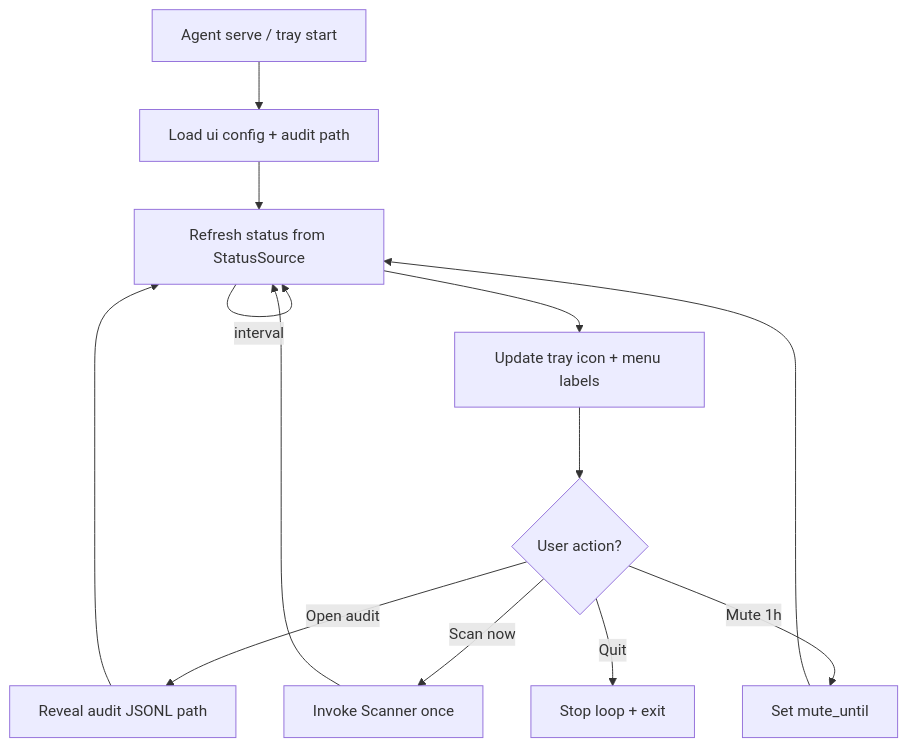
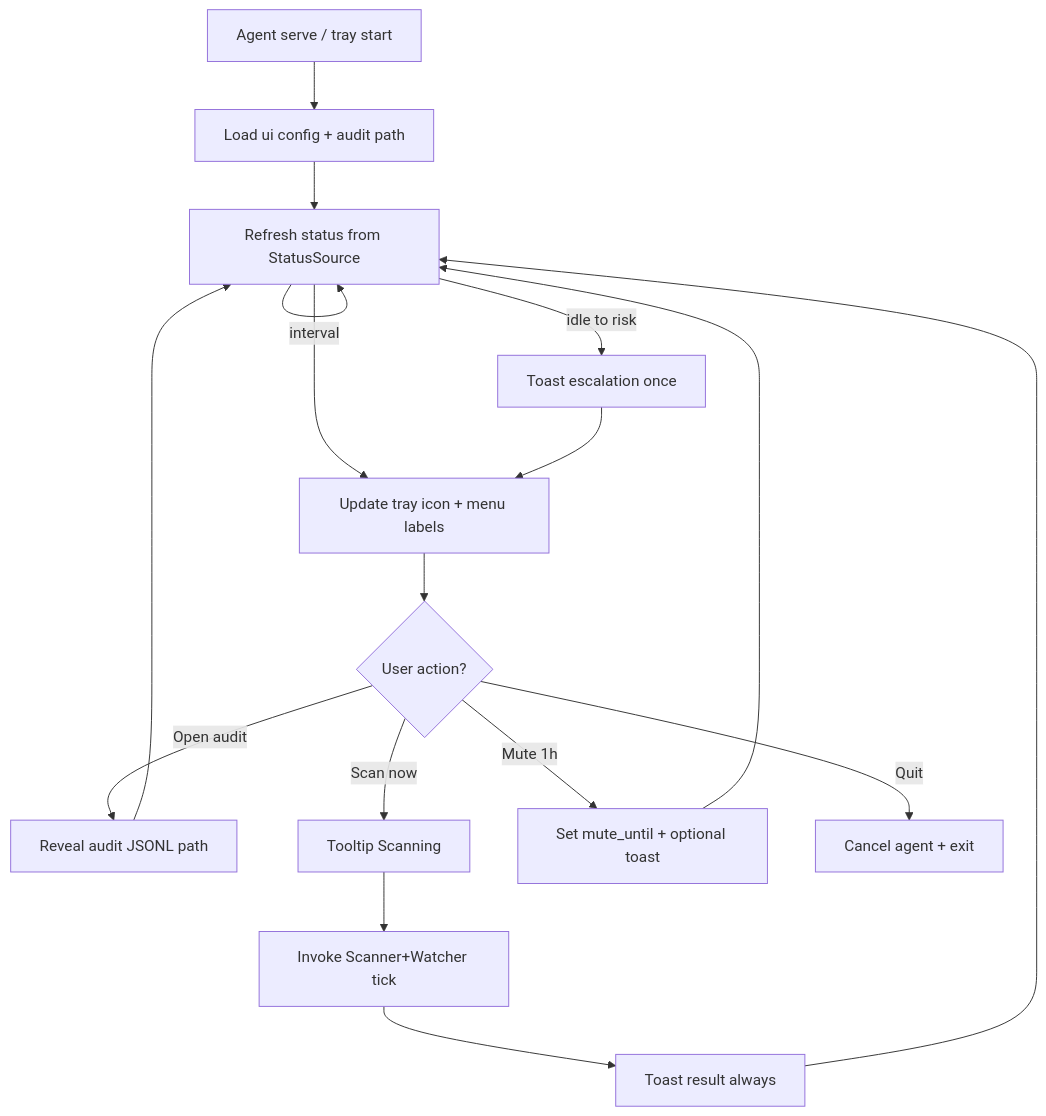
The first of 2 diagrams in doc/ux/REQ-TRAY-UI/flows.md (dshoneys/mcp_guard), drawn with Mermaid before and after one commit. The commit also changed other lines of this file and 78 other files, not shown here.

````diff
--- a/doc/ux/REQ-TRAY-UI/flows.md
+++ b/doc/ux/REQ-TRAY-UI/flows.md
@@ -3,15 +3,19 @@
 ```mermaid
 flowchart TD
   boot[Agent serve / tray start] --> load[Load ui config + audit path]
   load --> poll[Refresh status from StatusSource]
   poll --> render[Update tray icon + menu labels]
   render --> wait{User action?}
   wait -->|Open audit| open[Reveal audit JSONL path]
-  wait -->|Scan now| scan[Invoke Scanner once]
-  wait -->|Mute 1h| mute[Set mute_until]
-  wait -->|Quit| quit[Stop loop + exit]
+  wait -->|Scan now| scanning[Tooltip Scanning]
+  scanning --> scan[Invoke Scanner+Watcher tick]
+  scan --> toastScan[Toast result always]
+  toastScan --> poll
+  wait -->|Mute 1h| mute[Set mute_until + optional toast]
+  wait -->|Quit| quit[Cancel agent + exit]
   open --> poll
-  scan --> poll
   mute --> poll
   poll -->|interval| poll
+  poll -->|idle to risk| toastEsc[Toast escalation once]
+  toastEsc --> render
 ```
````
